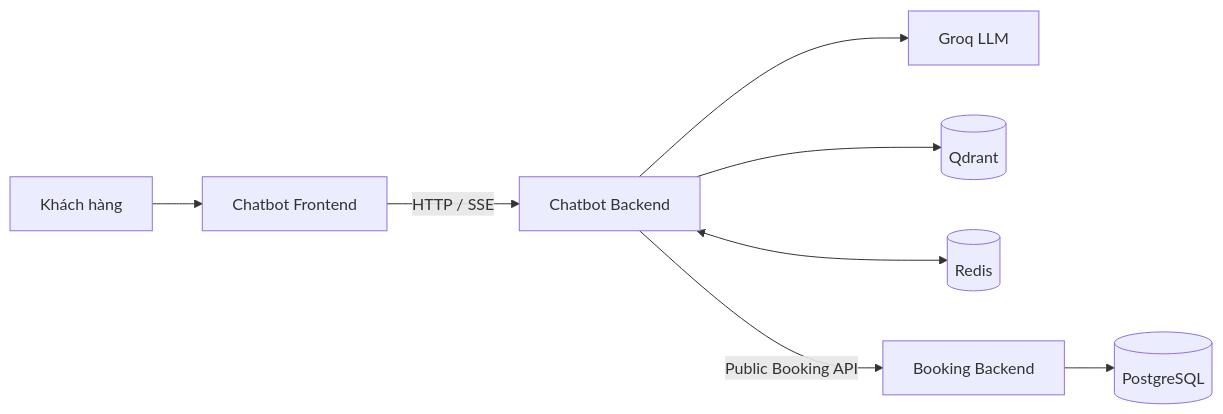
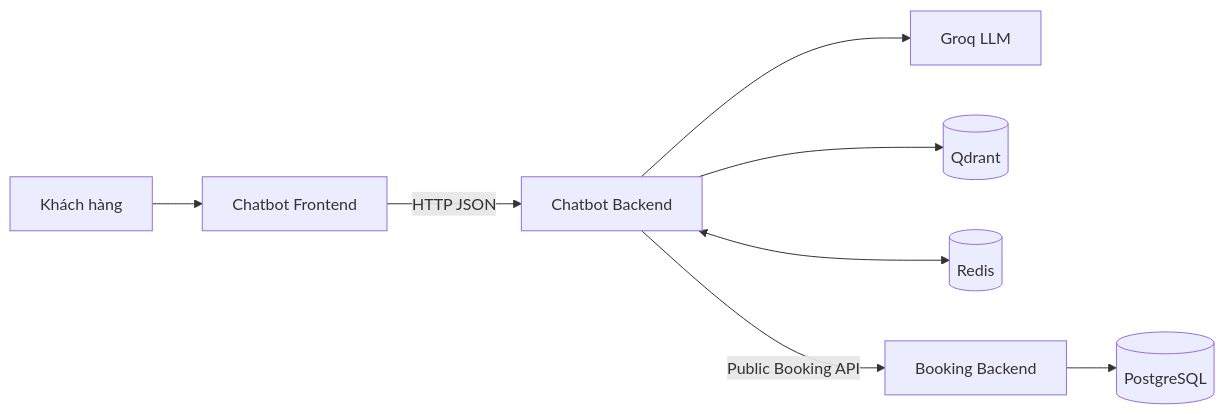
The first of 2 diagrams in booking-ai-chatbot/README.md (duy-debug/booking-AI-system), drawn with Mermaid before and after one commit. The commit also changed other lines of this file and 37 other files, not shown here.

````diff
--- a/booking-ai-chatbot/README.md
+++ b/booking-ai-chatbot/README.md
@@ -16,12 +16,12 @@
 ```mermaid
 flowchart LR
     Customer[Khách hàng] --> ChatFE[Chatbot Frontend]
-    ChatFE -->|HTTP / SSE| ChatBE[Chatbot Backend]
+    ChatFE -->|HTTP JSON| ChatBE[Chatbot Backend]
 
     ChatBE --> Groq[Groq LLM]
     ChatBE --> Qdrant[(Qdrant)]
     ChatBE <--> Redis[(Redis)]
     ChatBE -->|Public Booking API| BookingBE[Booking Backend]
 
     BookingBE --> DB[(PostgreSQL)]
 ```
````
